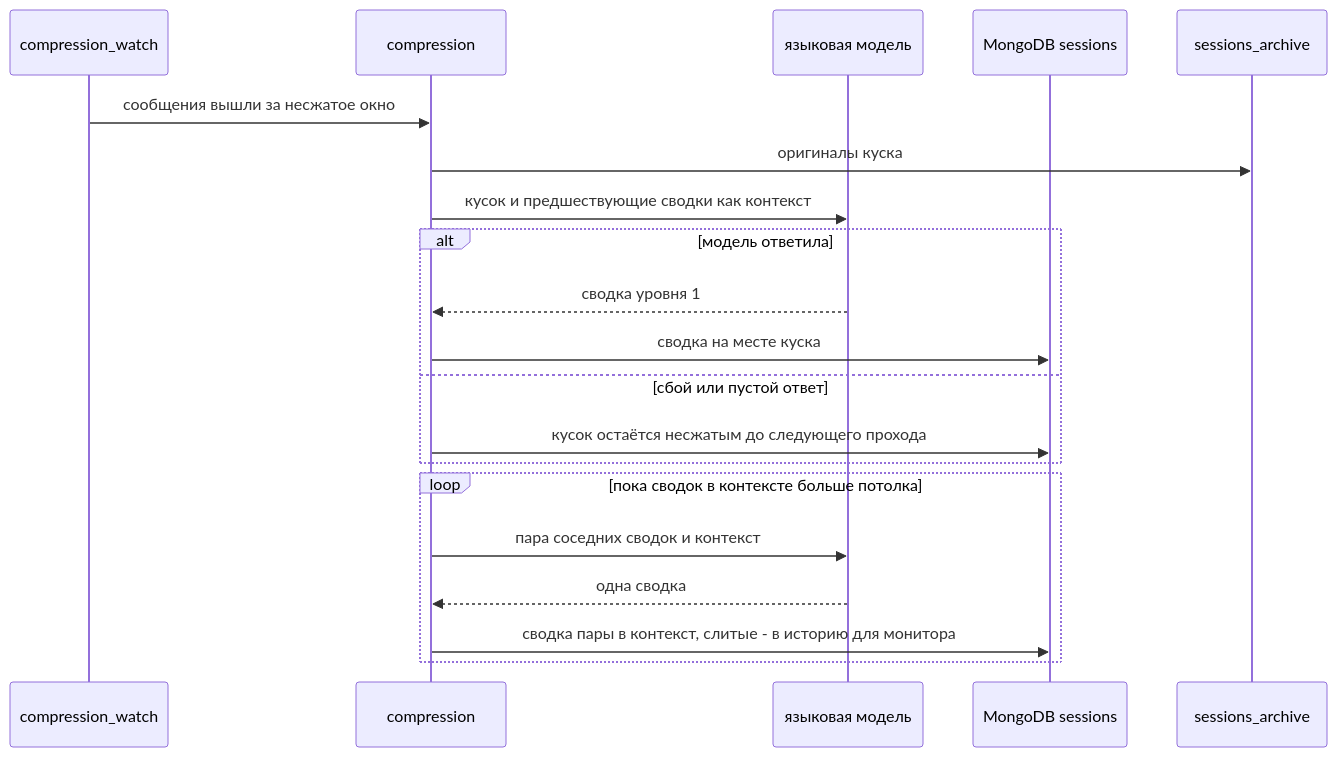
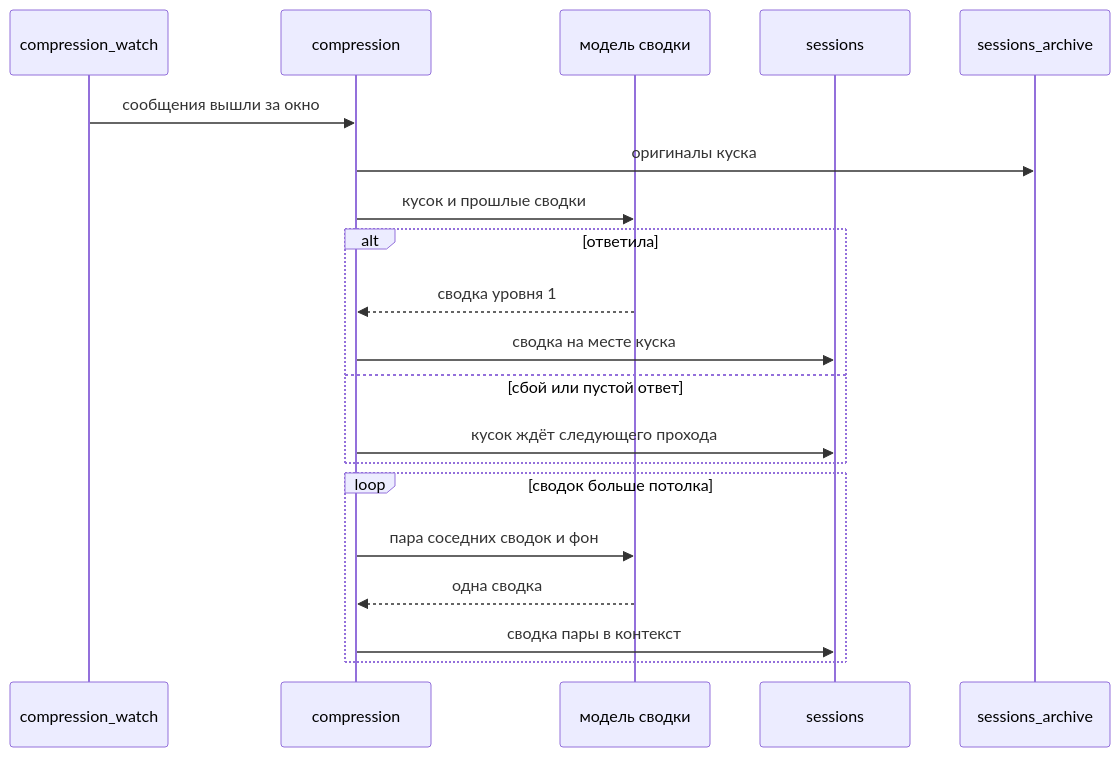
One commit to sawking-tech/sam-public changed the third of 3 diagrams in docs/architecture/compression.md. Above: the diagram before and after it, drawn with Mermaid. The commit also changed other lines of this file, not shown here.

````diff
--- a/docs/architecture/compression.md
+++ b/docs/architecture/compression.md
@@ -104,22 +119,22 @@
 ```mermaid
 sequenceDiagram
     participant W as compression_watch
     participant C as compression
-    participant L as языковая модель
-    participant M as MongoDB sessions
+    participant L as модель сводки
+    participant M as sessions
     participant A as sessions_archive
-    W->>C: сообщения вышли за несжатое окно
+    W->>C: сообщения вышли за окно
     C->>A: оригиналы куска
-    C->>L: кусок и предшествующие сводки как контекст
-    alt модель ответила
+    C->>L: кусок и прошлые сводки
+    alt ответила
         L-->>C: сводка уровня 1
         C->>M: сводка на месте куска
     else сбой или пустой ответ
-        C->>M: кусок остаётся несжатым до следующего прохода
+        C->>M: кусок ждёт следующего прохода
     end
-    loop пока сводок в контексте больше потолка
-        C->>L: пара соседних сводок и контекст
+    loop сводок больше потолка
+        C->>L: пара соседних сводок и фон
         L-->>C: одна сводка
-        C->>M: сводка пары в контекст, слитые - в историю для монитора
+        C->>M: сводка пары в контекст
     end
 ```
````
